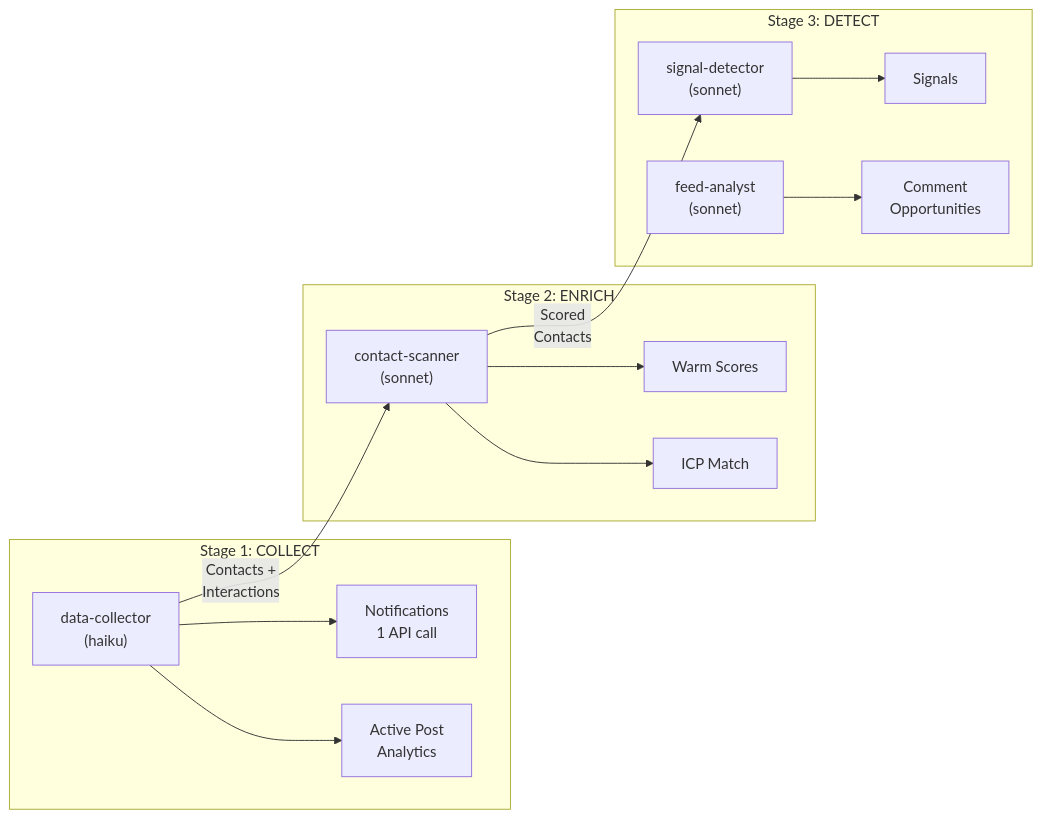
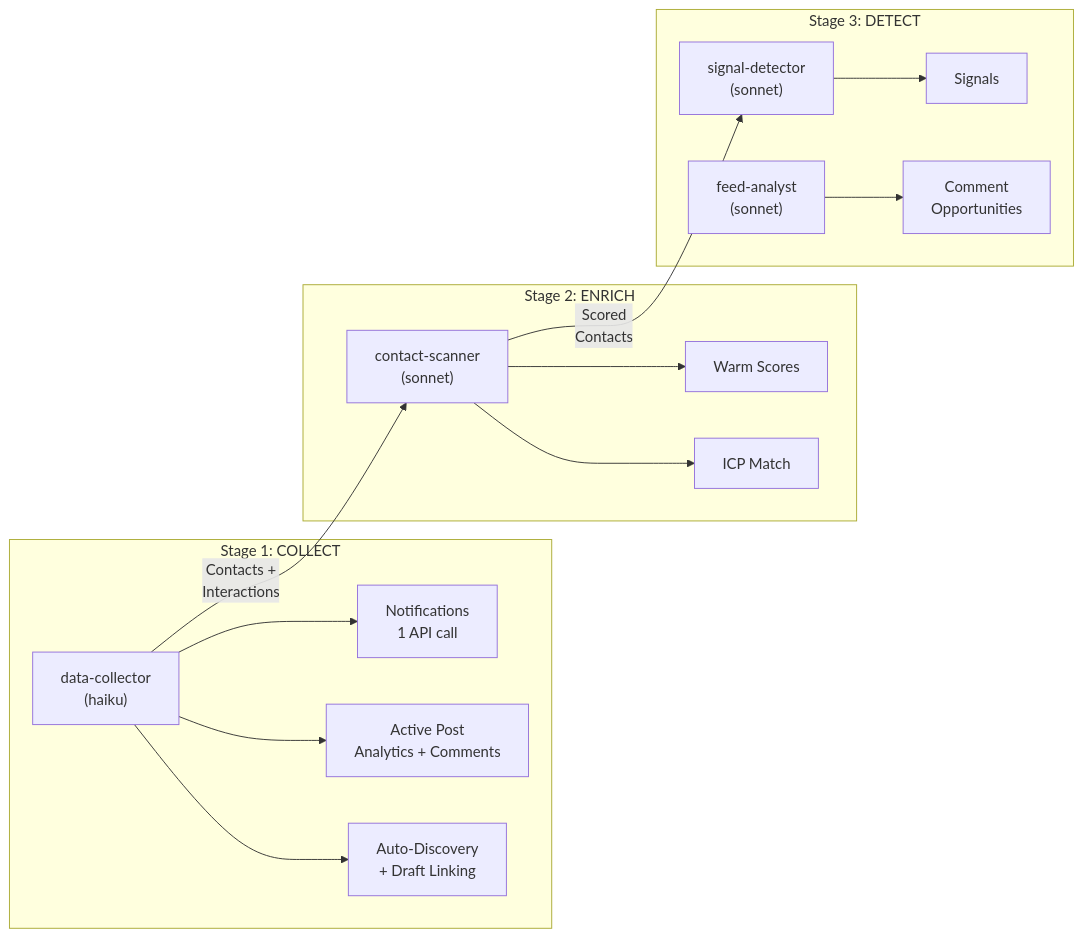
The third of 8 diagrams in plugin/README.md (sabania/linkedin-cli), drawn with Mermaid before and after one commit. The commit also changed other lines of this file, not shown here.

Commit message:
Enhance README with detailed lifecycle transitions, auto-discovery features, and updated data structures for improved clarity and functionality

````diff
--- a/plugin/README.md
+++ b/plugin/README.md
@@ -77,30 +77,32 @@
 ```mermaid
 graph LR
     subgraph "Stage 1: COLLECT"
         DC["data-collector<br/>(haiku)"]
         N["Notifications<br/>1 API call"]
-        A["Active Post<br/>Analytics"]
+        A["Active Post<br/>Analytics + Comments"]
+        AD["Auto-Discovery<br/>+ Draft Linking"]
         DC --> N
         DC --> A
+        DC --> AD
     end
 
     subgraph "Stage 2: ENRICH"
         CS["contact-scanner<br/>(sonnet)"]
         WS["Warm Scores"]
         ICP["ICP Match"]
         CS --> WS
         CS --> ICP
     end
 
     subgraph "Stage 3: DETECT"
         SD["signal-detector<br/>(sonnet)"]
         FA["feed-analyst<br/>(sonnet)"]
         SIG["Signals"]
         OPP["Comment<br/>Opportunities"]
         SD --> SIG
         FA --> OPP
     end
 
     DC -->|"Contacts +<br/>Interactions"| CS
     CS -->|"Scored<br/>Contacts"| SD
 ```
````
